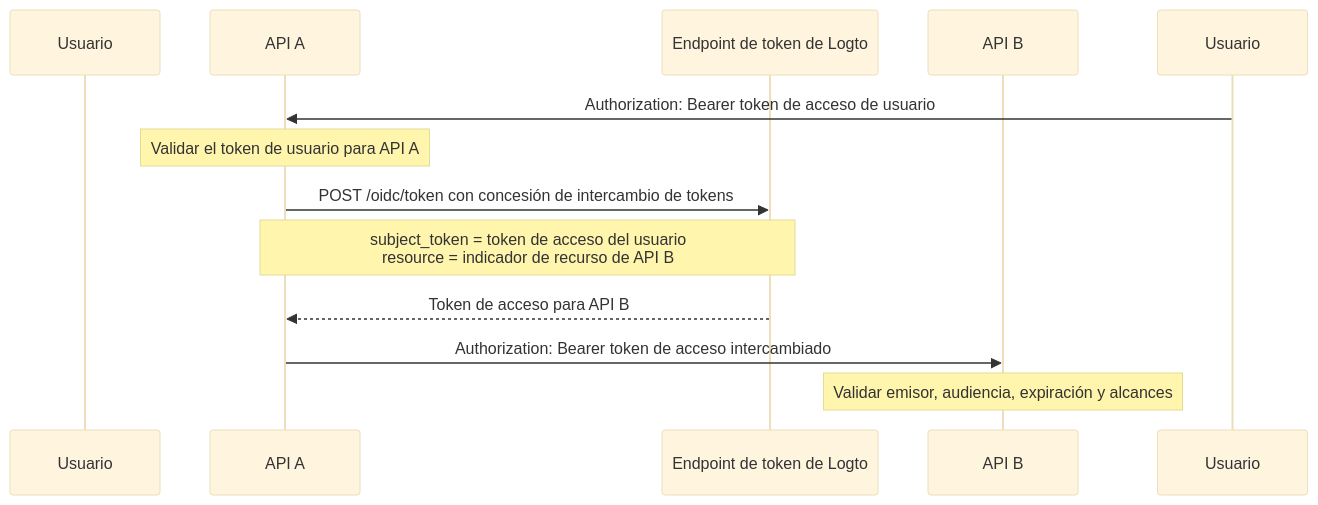
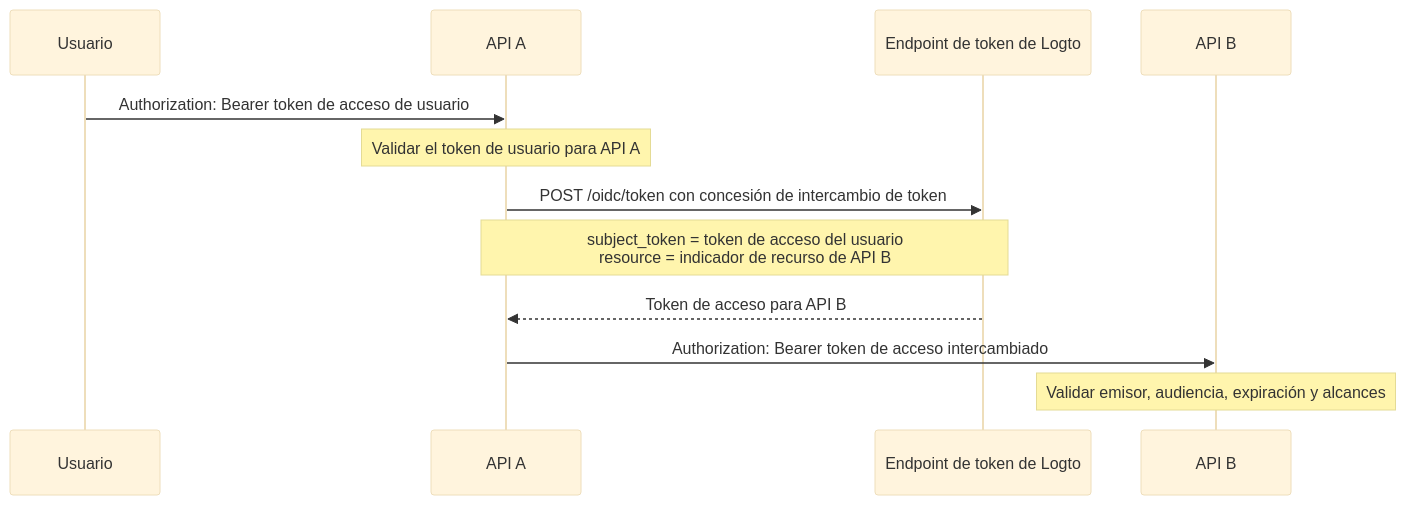
The diagram in i18n/es/docusaurus-plugin-content-docs/current/developers/service-to-service-delegation.mdx (logto-io/docs), drawn with Mermaid (base theme) before and after one commit. The commit also changed other lines of this file and 161 other files, not shown here.

````diff
--- a/i18n/es/docusaurus-plugin-content-docs/current/developers/service-to-service-delegation.mdx
+++ b/i18n/es/docusaurus-plugin-content-docs/current/developers/service-to-service-delegation.mdx
@@ -40,17 +40,17 @@
 ```mermaid
 sequenceDiagram
     participant User as Usuario
     participant ApiA as API A
     participant Logto as Endpoint de token de Logto
     participant ApiB as API B
 
-    Usuario->>ApiA: Authorization: Bearer token de acceso de usuario
+    User->>ApiA: Authorization: Bearer token de acceso de usuario
     Note over ApiA: Validar el token de usuario para API A
 
-    ApiA->>Logto: POST /oidc/token con concesión de intercambio de tokens
+    ApiA->>Logto: POST /oidc/token con concesión de intercambio de token
     Note over ApiA,Logto: subject_token = token de acceso del usuario<br/>resource = indicador de recurso de API B
 
     Logto-->>ApiA: Token de acceso para API B
     ApiA->>ApiB: Authorization: Bearer token de acceso intercambiado
     Note over ApiB: Validar emisor, audiencia, expiración y alcances
 ```
````
